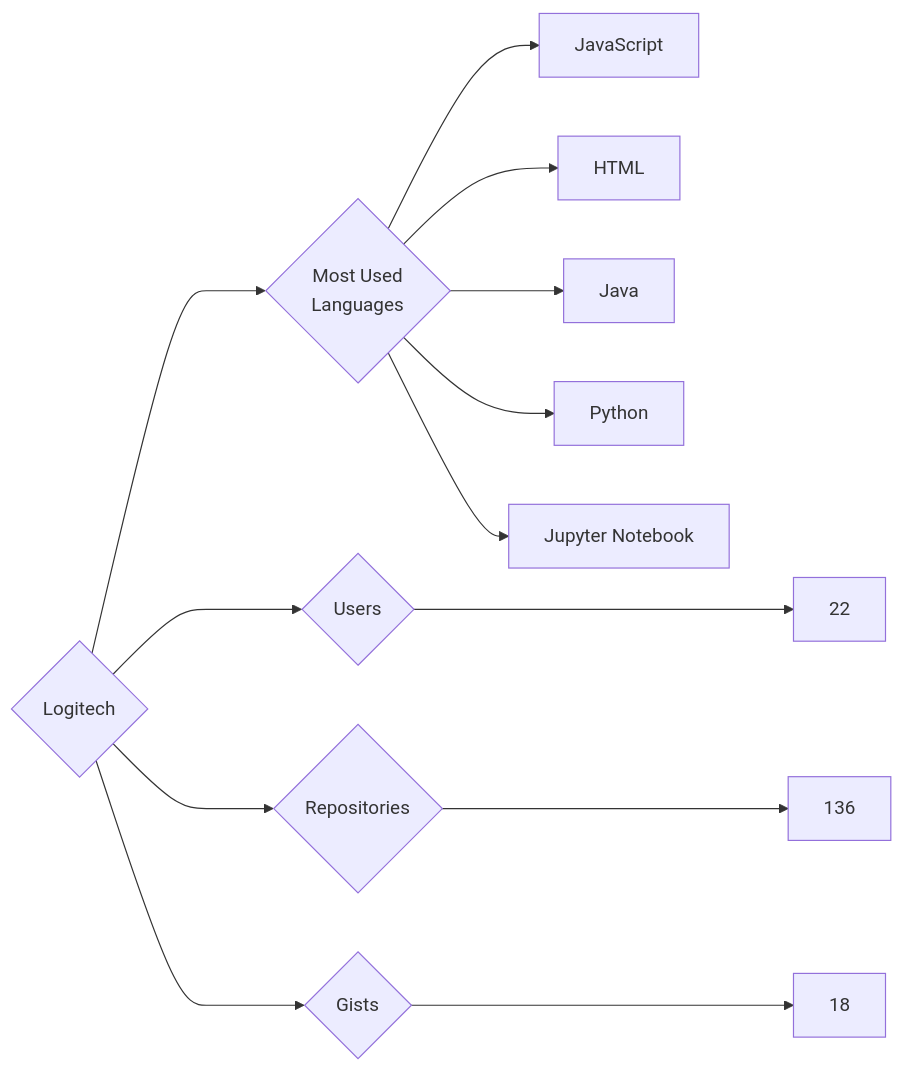
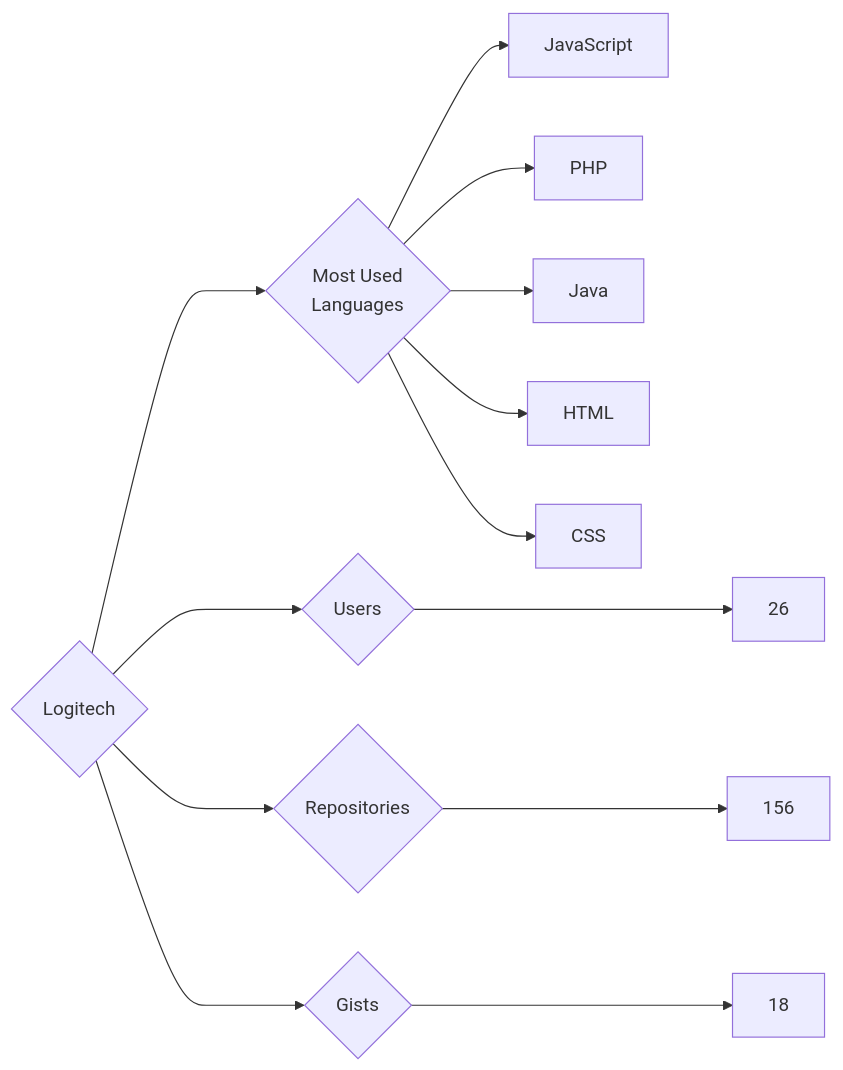
One commit to trickest/insiders changed the diagram in targets/Logitech/README.md. Above: the diagram before and after it, drawn with Mermaid. The commit also changed 699 other files, not shown here.

````diff
--- a/targets/Logitech/README.md
+++ b/targets/Logitech/README.md
@@ -3,13 +3,13 @@
 ```mermaid
 graph LR
 COMPANY_NAME{Logitech}
-COMPANY_NAME ---> U{Users} ---> UN[22]
-COMPANY_NAME ---> R{Repositories} ---> RN[136]
+COMPANY_NAME ---> U{Users} ---> UN[26]
+COMPANY_NAME ---> R{Repositories} ---> RN[156]
 COMPANY_NAME ---> G{Gists} ---> GN[18]
 COMPANY_NAME ---> ML{Most Used<br>Languages}
 ML --> JavaScript[JavaScript]
+ML --> PHP[PHP]
+ML --> Java[Java]
 ML --> HTML[HTML]
-ML --> Java[Java]
-ML --> Python[Python]
-ML --> Jupyter_Notebook[Jupyter Notebook]
+ML --> CSS[CSS]
 ```
````
